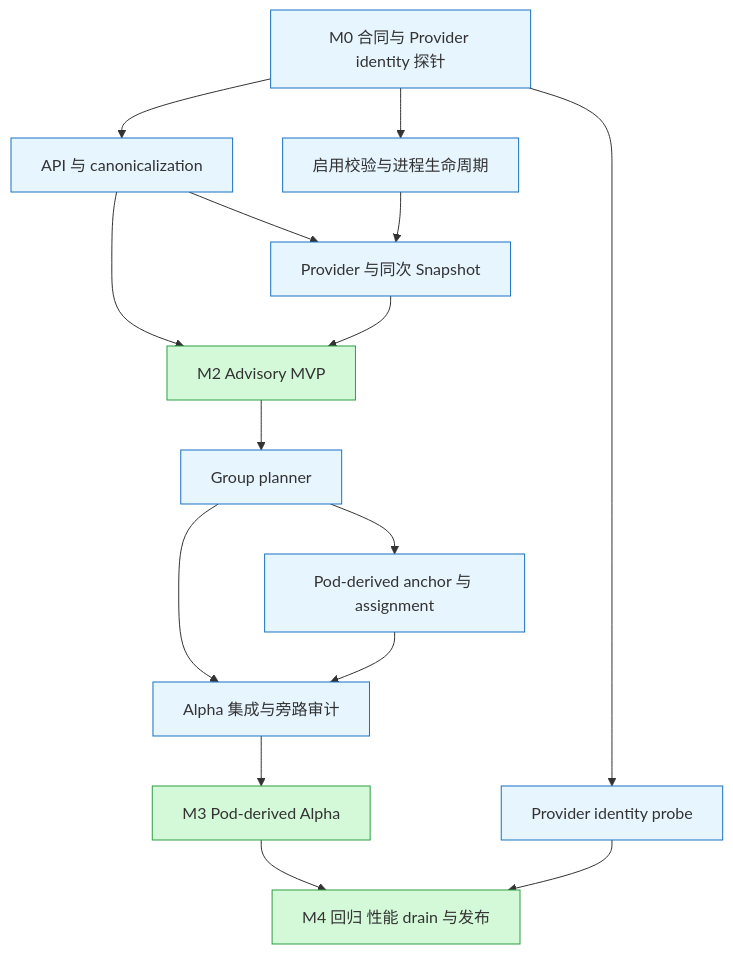
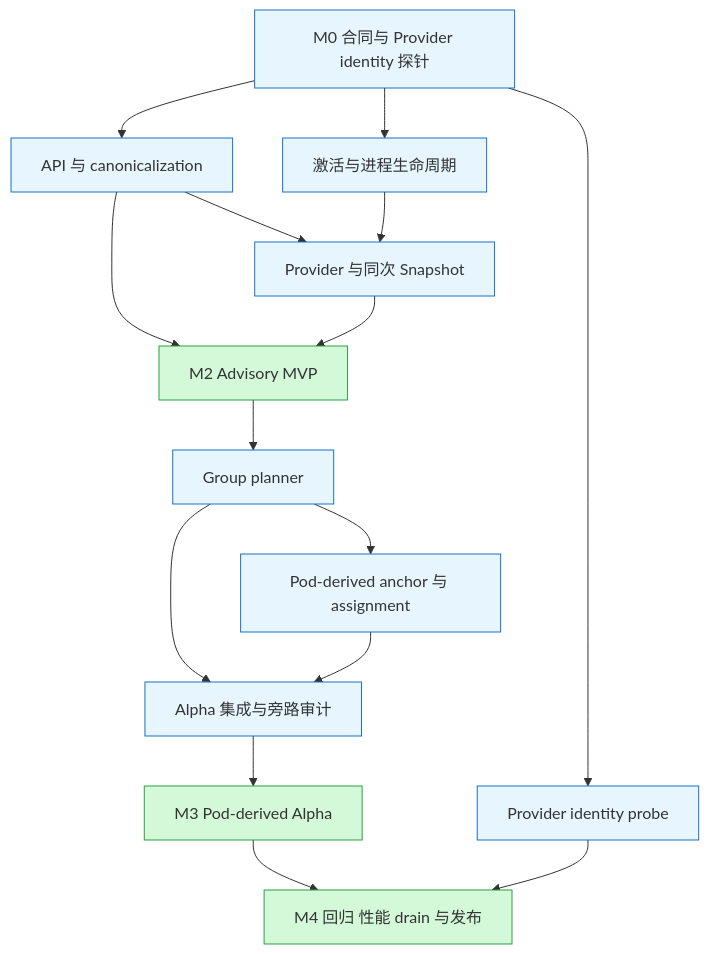
Before and after one commit to SiuMai99/volcano: the diagram in docs/design/xpu-topology-aware/100-generic-xpu-topology-aware-development-plan-zh-v4.md, drawn with Mermaid. The commit also changed other lines of this file and 2 other files, not shown here.

````diff
--- a/docs/design/xpu-topology-aware/100-generic-xpu-topology-aware-development-plan-zh-v4.md
+++ b/docs/design/xpu-topology-aware/100-generic-xpu-topology-aware-development-plan-zh-v4.md
@@ -108,33 +108,33 @@
 ```mermaid
 flowchart TB
     C["M0 合同与 Provider identity 探针"]
     A["API 与 canonicalization"]
-    B["启用校验与进程生命周期"]
+    B["激活与进程生命周期"]
     D["Provider 与同次 Snapshot"]
     E["M2 Advisory MVP"]
     P["Group planner"]
     T["Pod-derived anchor 与 assignment"]
     I["Alpha 集成与旁路审计"]
     R["Provider identity probe"]
     F["M3 Pod-derived Alpha"]
     V["M4 回归 性能 drain 与发布"]
     C --> A
     C --> B
     C --> R
     A --> D
     B --> D
     A --> E
     D --> E
     E --> P
     P --> T
     P --> I
     T --> I
     I --> F
     F --> V
     R --> V
     classDef base fill:#e7f5ff,stroke:#1971c2;
     classDef deliver fill:#d3f9d8,stroke:#2f9e44;
     class C,A,B,D base;
     class P,T,I,R base;
     class E,F,V deliver;
 ```
````
